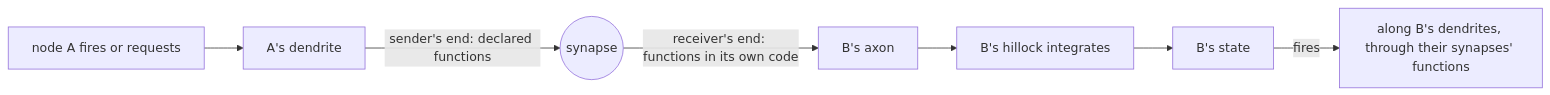
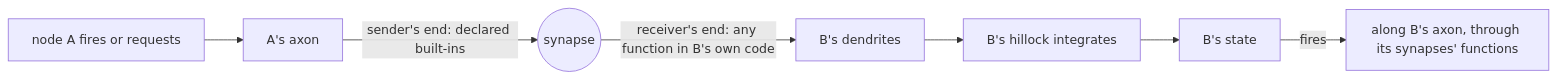
The third of 5 diagrams in docs/NETWORK.md (pcxmac-dev/liminal-libs), drawn with Mermaid before and after one commit. The commit also changed other lines of this file, not shown here.

````diff
--- a/docs/NETWORK.md
+++ b/docs/NETWORK.md
@@ -319,9 +334,9 @@
 ```mermaid
 flowchart LR
-  A[node A fires or requests] --> D[A's dendrite]
-  D -- "sender's end: declared functions" --> S((synapse))
-  S -- "receiver's end: functions in its own code" --> X[B's axon]
-  X --> H[B's hillock integrates]
+  A[node A fires or requests] --> X[A's axon]
+  X -- "sender's end: declared built-ins" --> S((synapse))
+  S -- "receiver's end: any function in B's own code" --> D[B's dendrites]
+  D --> H[B's hillock integrates]
   H --> N[B's state]
-  N -- fires --> O[along B's dendrites, through their synapses' functions]
+  N -- fires --> O[along B's axon, through its synapses' functions]
 ```
````
